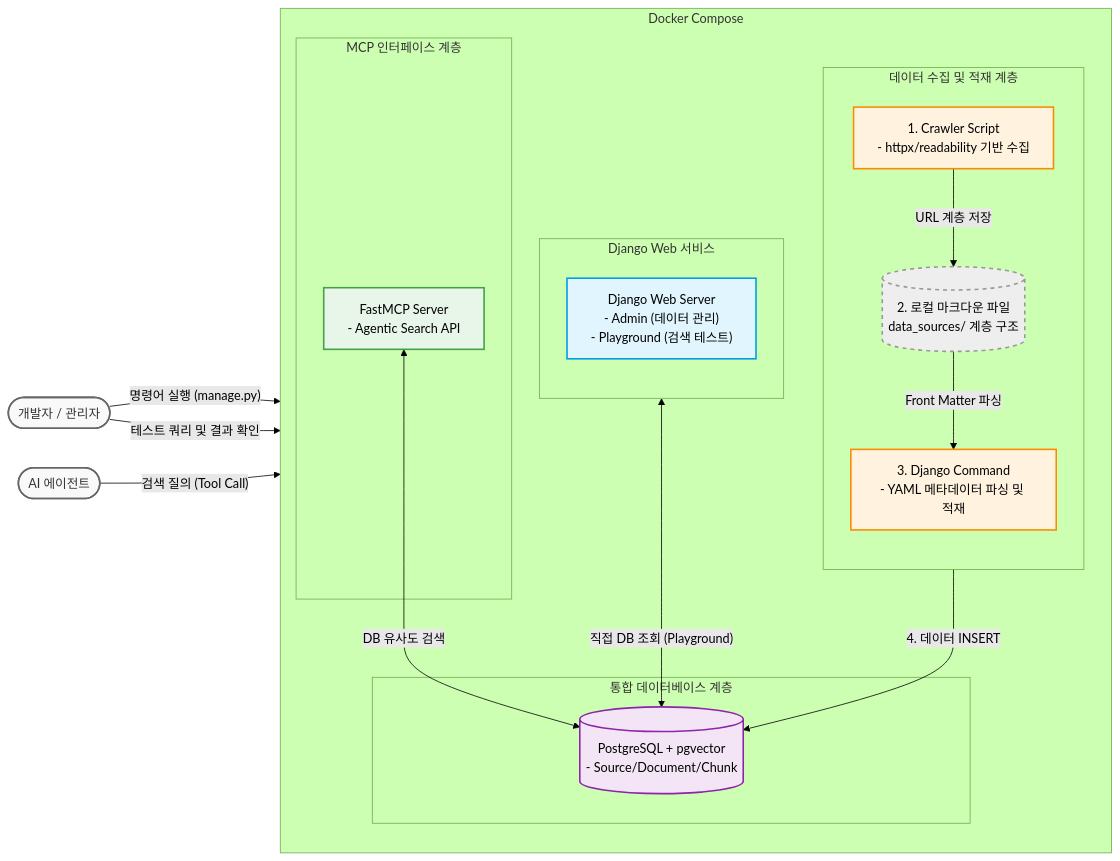
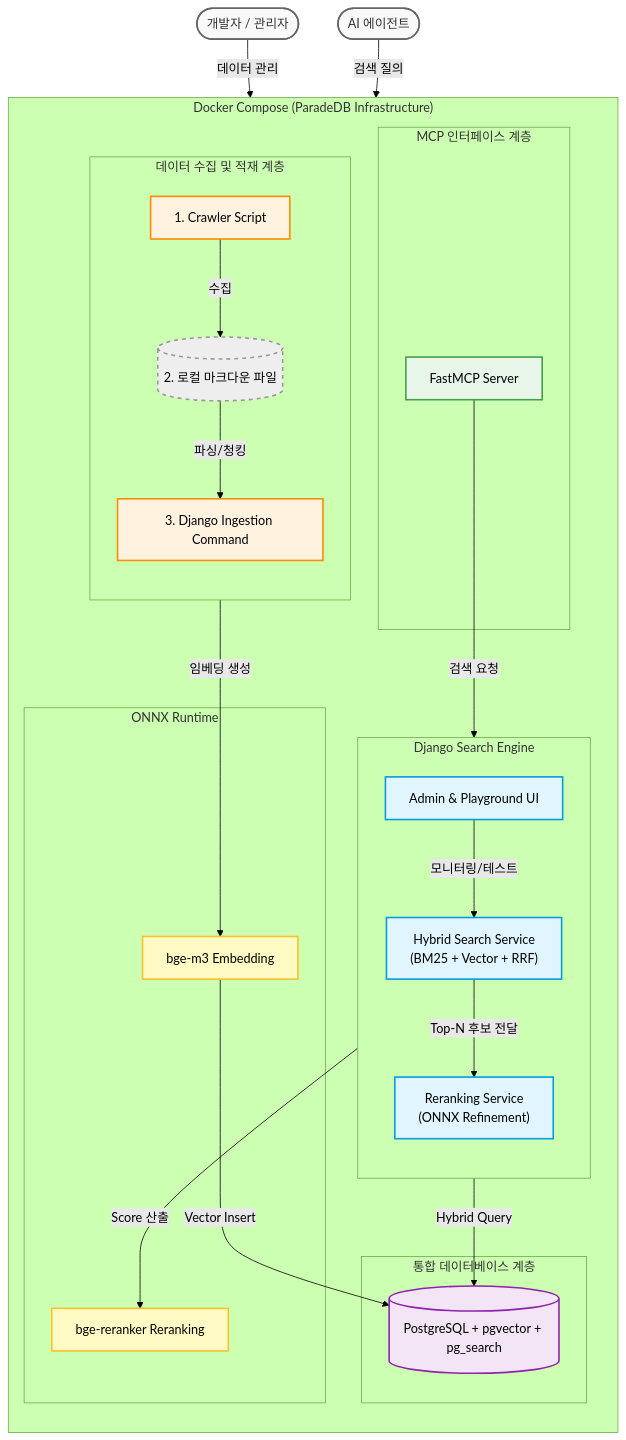
One commit to beyondVS/django-docs-mcp changed the diagram in specs/_architecture/architecture_design.md. Above: the diagram before and after it, drawn with Mermaid (forest theme). The commit also changed other lines of this file and 5 other files, not shown here.

````diff
--- a/specs/_architecture/architecture_design.md
+++ b/specs/_architecture/architecture_design.md
@@ -27,55 +33,67 @@
 ```mermaid
-graph LR
+graph TD
     %% 스타일 정의
     classDef client fill:#f9f9f9,stroke:#666,stroke-width:2px,color:#333;
     classDef web fill:#e1f5fe,stroke:#039be5,stroke-width:2px,color:#000;
     classDef worker fill:#fff3e0,stroke:#fb8c00,stroke-width:2px,color:#000;
     classDef db fill:#f3e5f5,stroke:#8e24aa,stroke-width:2px,color:#000;
     classDef mcp fill:#e8f5e9,stroke:#43a047,stroke-width:2px,color:#000;
     classDef file fill:#eeeeee,stroke:#999,stroke-width:2px,stroke-dasharray: 5 5,color:#000;
     classDef docker fill:#f4fbfe,stroke:#2496ed,stroke-width:2px,stroke-dasharray: 5 5;
+    classDef model fill:#fff9c4,stroke:#fbc02d,stroke-width:2px,color:#000;
 
     %% 액터 정의
     Dev([개발자 / 관리자]):::client
     Agent([AI 에이전트]):::client
 
-    subgraph Docker_Compose ["Docker Compose"]
+    subgraph Docker_Compose ["Docker Compose (ParadeDB Infrastructure)"]
         direction TB
 
         %% 데이터 적재 파트
         subgraph Ingestion_Layer [데이터 수집 및 적재 계층]
             direction TB
-            Crawler[1. Crawler Script<br/>- httpx/readability 기반 수집]:::worker
-            LocalFile[(2. 로컬 마크다운 파일<br/>data_sources/ 계층 구조)]:::file
-            DjangoCmd[3. Django Command<br/>- YAML 메타데이터 파싱 및 적재]:::worker
+            Crawler[1. Crawler Script]:::worker
+            LocalFile[(2. 로컬 마크다운 파일)]:::file
+            DjangoCmd[3. Django Ingestion Command]:::worker
 
-            Crawler -- "URL 계층 저장" --> LocalFile
-            LocalFile -- "Front Matter 파싱" --> DjangoCmd
+            Crawler -- "수집" --> LocalFile
+            LocalFile -- "파싱/청킹" --> DjangoCmd
+        end
+
+        %% 모델 런타임
+        subgraph Model_Runtime [ONNX Runtime]
+            EmbedModel[bge-m3 Embedding]:::model
+            RerankModel[bge-reranker Reranking]:::model
         end
 
         %% 데이터베이스 파트
         subgraph Database_Layer [통합 데이터베이스 계층]
-            PG[(PostgreSQL + pgvector<br/>- Source/Document/Chunk)]:::db
+            PG[(PostgreSQL + pgvector + pg_search)]:::db
         end
 
-        %% UI 파트
-        subgraph Web_Layer [Django Web 서비스]
+        %% UI 및 로직 파트
+        subgraph Logic_Layer [Django Search Engine]
             direction TB
-            DjangoWeb["Django Web Server<br/>- Admin (데이터 관리)<br/>- Playground (검색 테스트)"]:::web
+            SearchService["Hybrid Search Service<br/>(BM25 + Vector + RRF)"]:::web
+            RerankService["Reranking Service<br/>(ONNX Refinement)"]:::web
+            DjangoWeb["Admin & Playground UI"]:::web
         end
 
         %% 데이터 제공 파트
         subgraph Serving_Layer [MCP 인터페이스 계층]
-            FastMCP[FastMCP Server<br/>- Agentic Search API]:::mcp
+            FastMCP[FastMCP Server]:::mcp
         end
 
-        DjangoCmd -- "4. 데이터 INSERT" --> PG
-        DjangoWeb -- "직접 DB 조회 (Playground)" <--> PG
-        FastMCP -- "DB 유사도 검색" <--> PG
+        DjangoCmd -- "임베딩 생성" --> EmbedModel
+        EmbedModel -- "Vector Insert" --> PG
+        SearchService -- "Hybrid Query" --> PG
+        SearchService -- "Top-N 후보 전달" --> RerankService
+        RerankService -- "Score 산출" --> RerankModel
+        FastMCP -- "검색 요청" --> SearchService
+        DjangoWeb -- "모니터링/테스트" --> SearchService
     end
 
     %% 외부 상호작용
-    Dev -- "명령어 실행 (manage.py)" --> DjangoCmd
-    Dev -- "테스트 쿼리 및 결과 확인" --> DjangoWeb
-    Agent -- "검색 질의 (Tool Call)" --> FastMCP
+    Dev -- "데이터 관리" --> DjangoWeb
+    Agent -- "검색 질의" --> FastMCP
 ```
````
